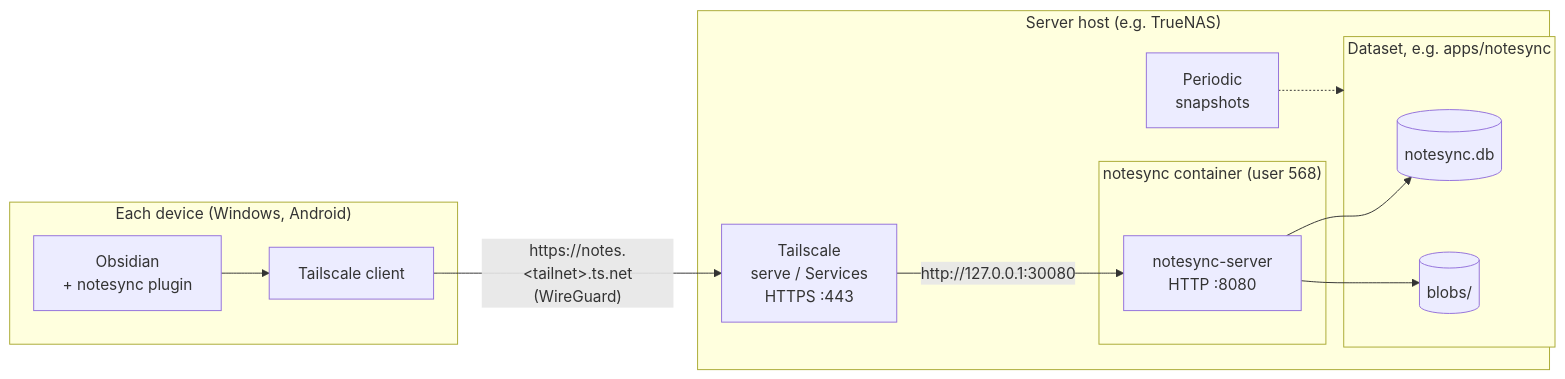
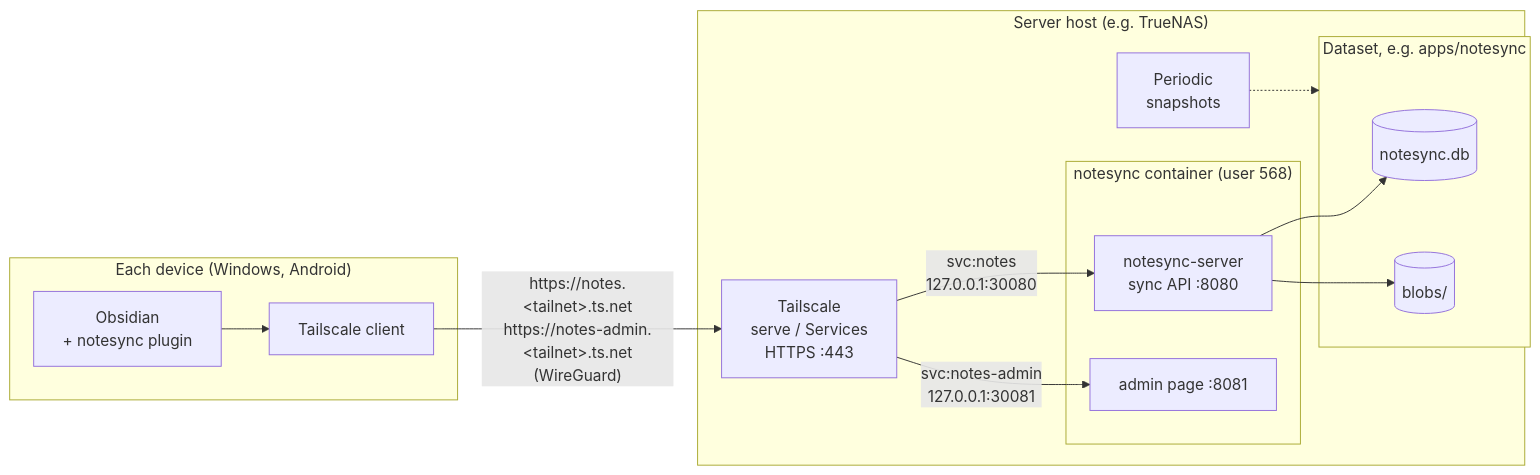
The diagram in docs/deployment.md (jorel13/notesync), drawn with Mermaid before and after one commit. The commit also changed other lines of this file and 20 other files, not shown here.

First line of the commit message:
Release 0.4.0: admin page on its own port, user deletion

````diff
--- a/docs/deployment.md
+++ b/docs/deployment.md
@@ -6,26 +6,28 @@
 ```mermaid
 flowchart LR
   subgraph Devices["Each device (Windows, Android)"]
     OBS["Obsidian<br/>+ notesync plugin"]
     TSC["Tailscale client"]
     OBS --> TSC
   end
 
   subgraph Host["Server host (e.g. TrueNAS)"]
     TSD["Tailscale<br/>serve / Services<br/>HTTPS :443"]
     subgraph Container["notesync container (user 568)"]
-      SRV["notesync-server<br/>HTTP :8080"]
+      SRV["notesync-server<br/>sync API :8080"]
+      ADM["admin page :8081"]
     end
     subgraph Dataset["Dataset, e.g. apps/notesync"]
       DB[("notesync.db")]
       BLOBS[("blobs/")]
     end
     SNAP["Periodic<br/>snapshots"]
-    TSD -- "http://127.0.0.1:30080" --> SRV
+    TSD -- "svc:notes<br/>127.0.0.1:30080" --> SRV
+    TSD -- "svc:notes-admin<br/>127.0.0.1:30081" --> ADM
     SRV --> DB
     SRV --> BLOBS
     SNAP -.-> Dataset
   end
 
-  TSC -- "https://notes.&lt;tailnet&gt;.ts.net<br/>(WireGuard)" --> TSD
+  TSC -- "https://notes.&lt;tailnet&gt;.ts.net<br/>https://notes-admin.&lt;tailnet&gt;.ts.net<br/>(WireGuard)" --> TSD
 ```
````
